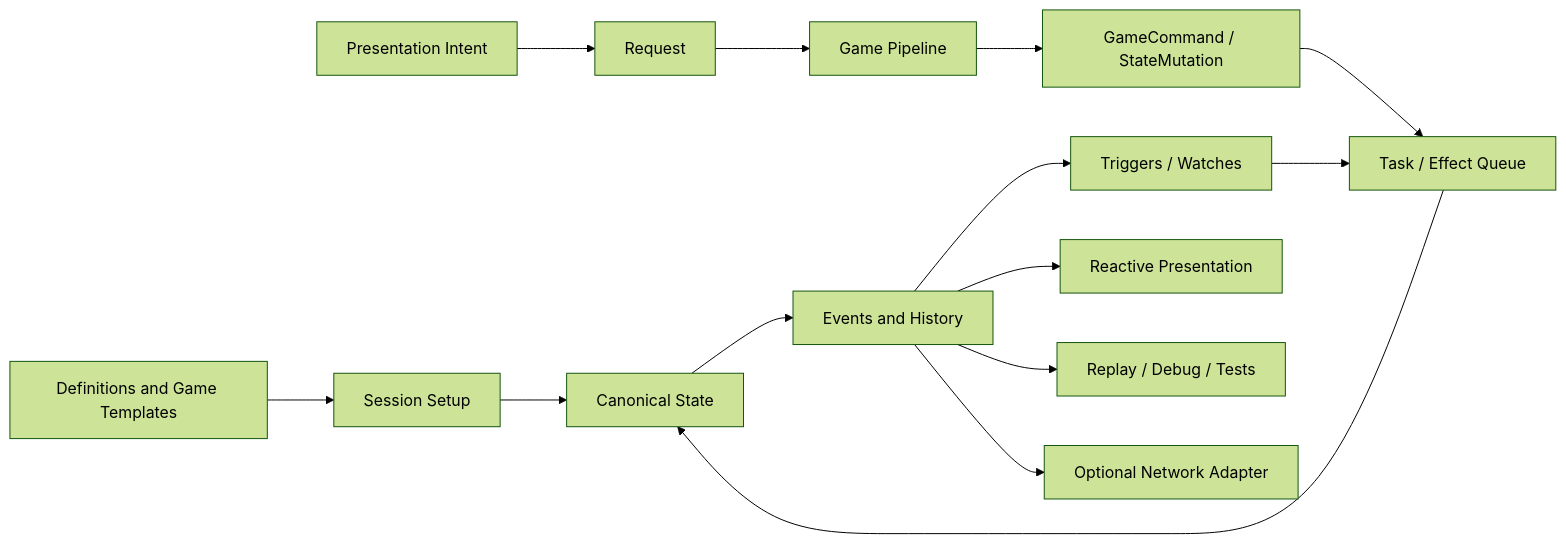
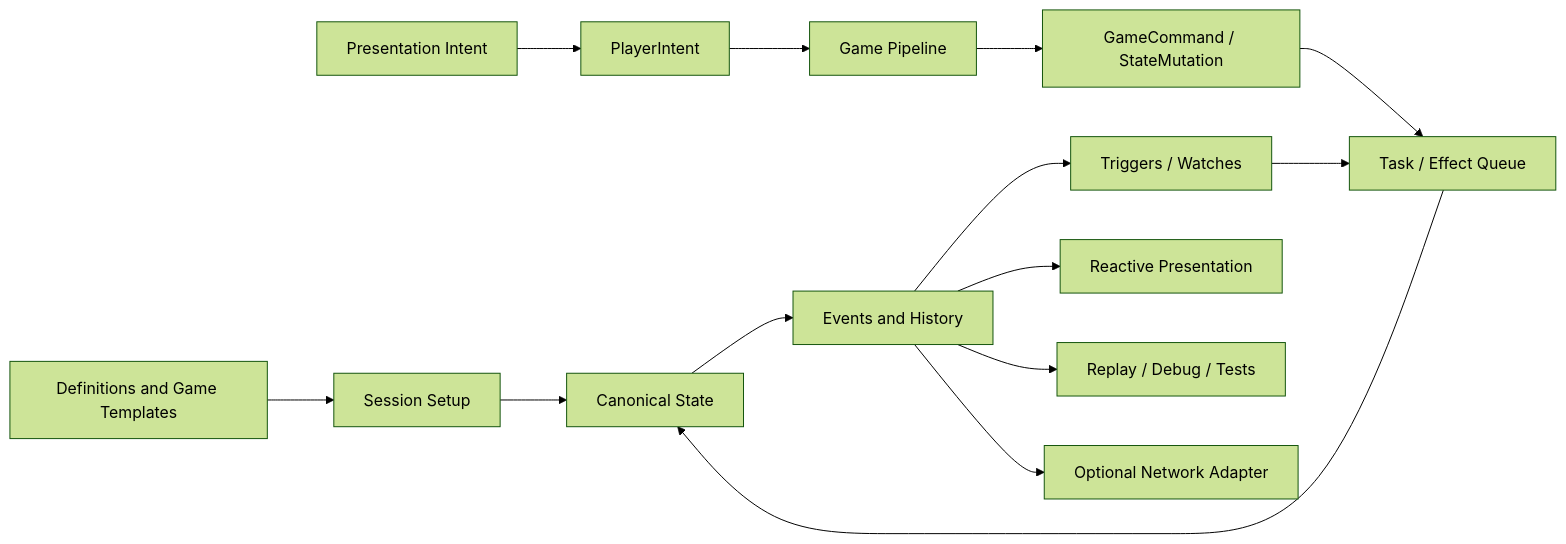
One commit to MgCohen/Card-Framework changed the first of 2 diagrams in RESEARCH/03-architecture-directions.md. Above: the diagram before and after it, drawn with Mermaid (forest theme). The commit also changed 10 other files, not shown here.

````diff
--- a/RESEARCH/03-architecture-directions.md
+++ b/RESEARCH/03-architecture-directions.md
@@ -9,16 +9,16 @@
 ```mermaid
 flowchart LR
   authoring[Definitions and Game Templates] --> setup[Session Setup]
   setup --> state[Canonical State]
-  input[Presentation Intent] --> request[Request]
-  request --> pipeline[Game Pipeline]
+  input[Presentation Intent] --> intent[PlayerIntent]
+  intent --> pipeline[Game Pipeline]
   pipeline --> command[GameCommand / StateMutation]
   command --> queue[Task / Effect Queue]
   queue --> state
   state --> events[Events and History]
   events --> triggers[Triggers / Watches]
   triggers --> queue
   events --> vm[Reactive Presentation]
   events --> replay[Replay / Debug / Tests]
   events --> network[Optional Network Adapter]
 ```
````
